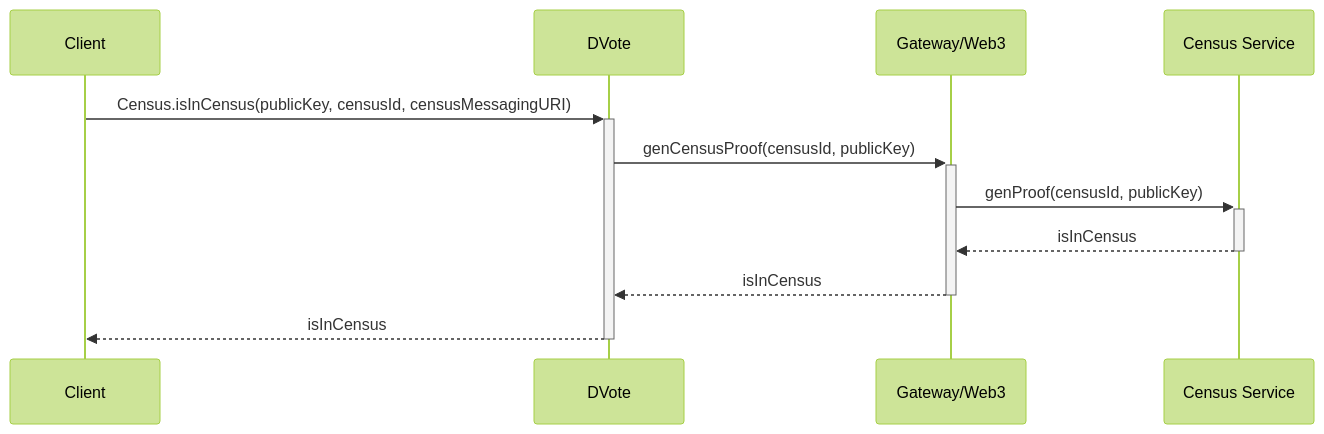
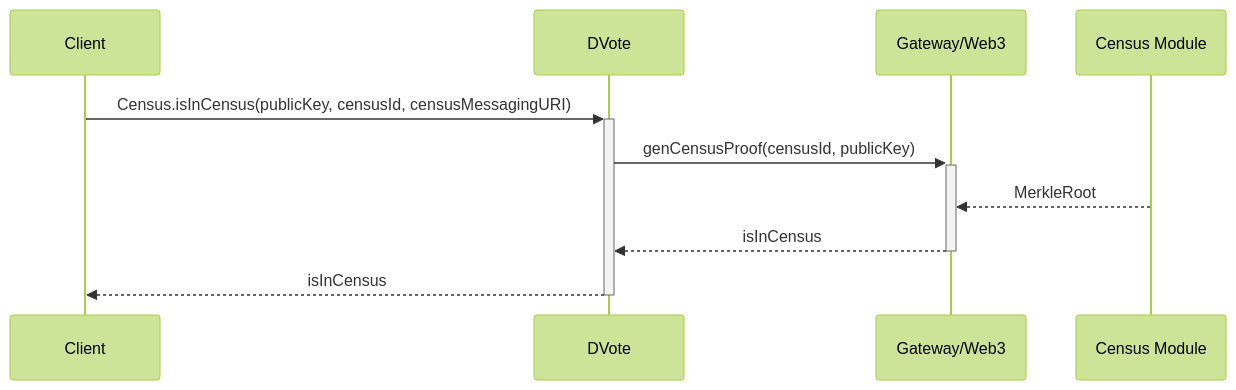
One commit to vocdoni/docs changed the fifth of 9 diagrams in src/architecture/component-interaction.md. Above: the diagram before and after it, drawn with Mermaid. The commit also changed other lines of this file and 1 other file, not shown here.

Commit message:
Remove census service from component interactions

````diff
--- a/src/architecture/component-interaction.md
+++ b/src/architecture/component-interaction.md
@@ -268,17 +265,16 @@
 ```mermaid
 %%{init: {'theme':'forest'}}%%
 sequenceDiagram
     participant App as Client
     participant DV as DVote
     participant GW as Gateway/Web3
-    participant CS as Census Service
+    participant CS as Census Module
 
     App->>+DV: Census.isInCensus(publicKey, censusId, censusMessagingURI)
 
         DV->>+GW: genCensusProof(censusId, publicKey)
-        GW->>+CS: genProof(censusId, publicKey)
-        CS-->>-GW: isInCensus
+        CS-->>GW: MerkleRoot
         GW-->>-DV: isInCensus
 
     DV-->>-App: isInCensus
 ```
````
